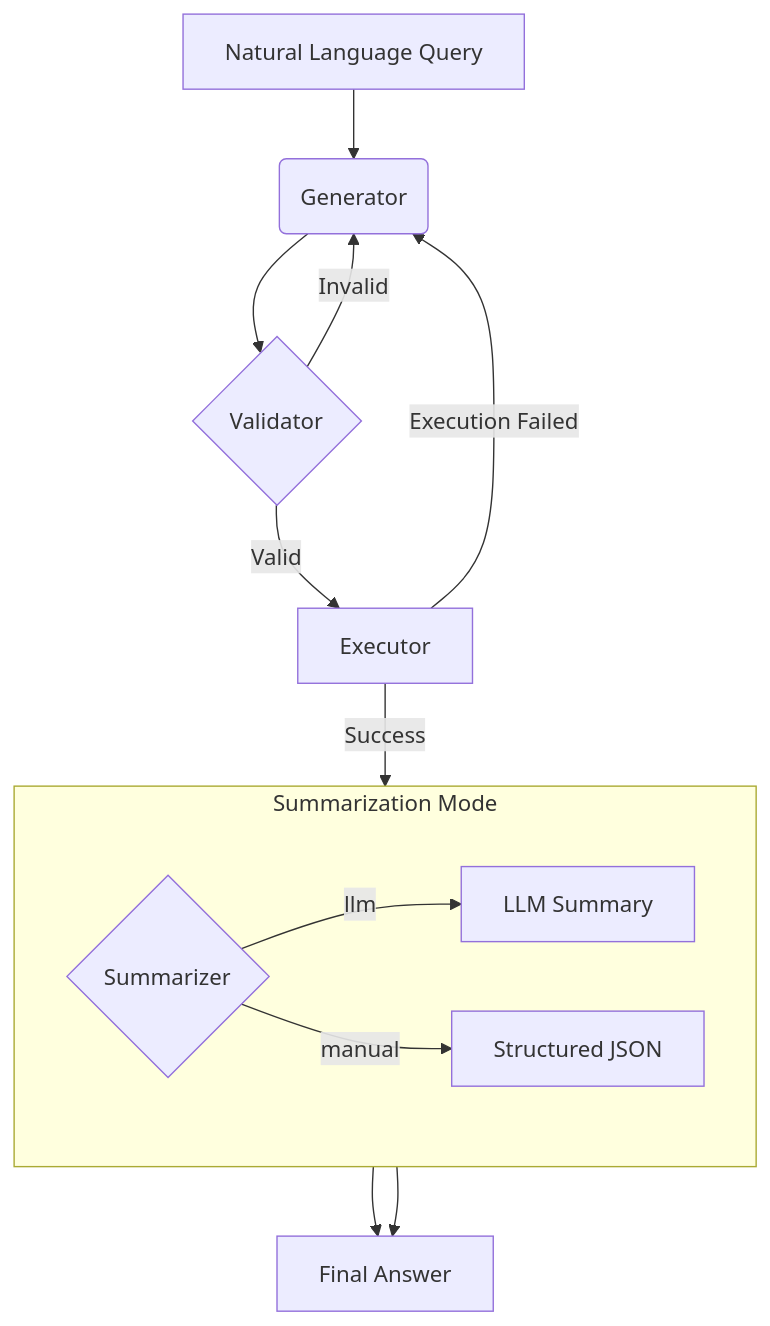
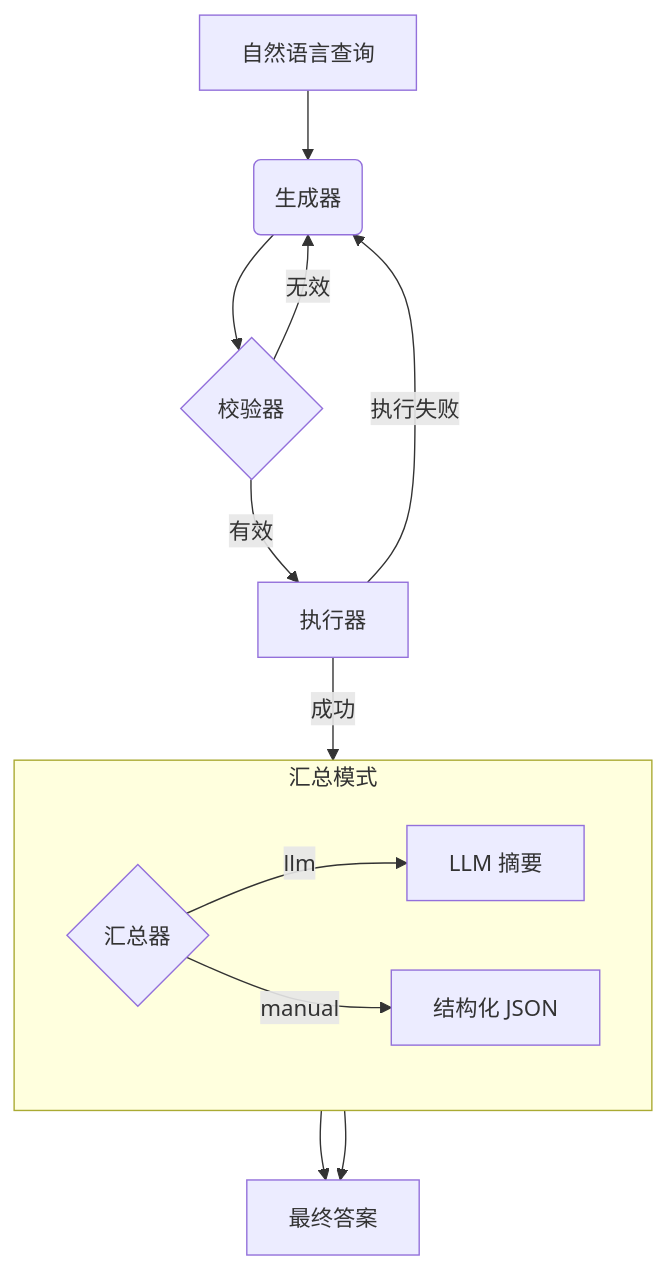
The diagram in README.md (qiwang999/service_topo_agent), drawn with Mermaid before and after one commit. The commit also changed other lines of this file and 1 other file, not shown here.

````diff
--- a/README.md
+++ b/README.md
@@ -22,16 +24,16 @@
 ```mermaid
 graph TD;
-    A[Natural Language Query] --> B(Generator);
-    B --> C{Validator};
-    C -- Valid --> D[Executor];
-    C -- Invalid --> B;
-    D -- Success --> E{Summarizer};
-    D -- Execution Failed --> B;
-    subgraph "Summarization Mode"
+    A[自然语言查询] --> B(生成器);
+    B --> C{校验器};
+    C -- 有效 --> D[执行器];
+    C -- 无效 --> B;
+    D -- 成功 --> E{汇总器};
+    D -- 执行失败 --> B;
+    subgraph "汇总模式"
         direction LR
-        E -- llm --> F[LLM Summary];
-        E -- manual --> G[Structured JSON];
+        E -- llm --> F[LLM 摘要];
+        E -- manual --> G[结构化 JSON];
     end
-    F --> H[Final Answer];
+    F --> H[最终答案];
     G --> H;
 ```
````
